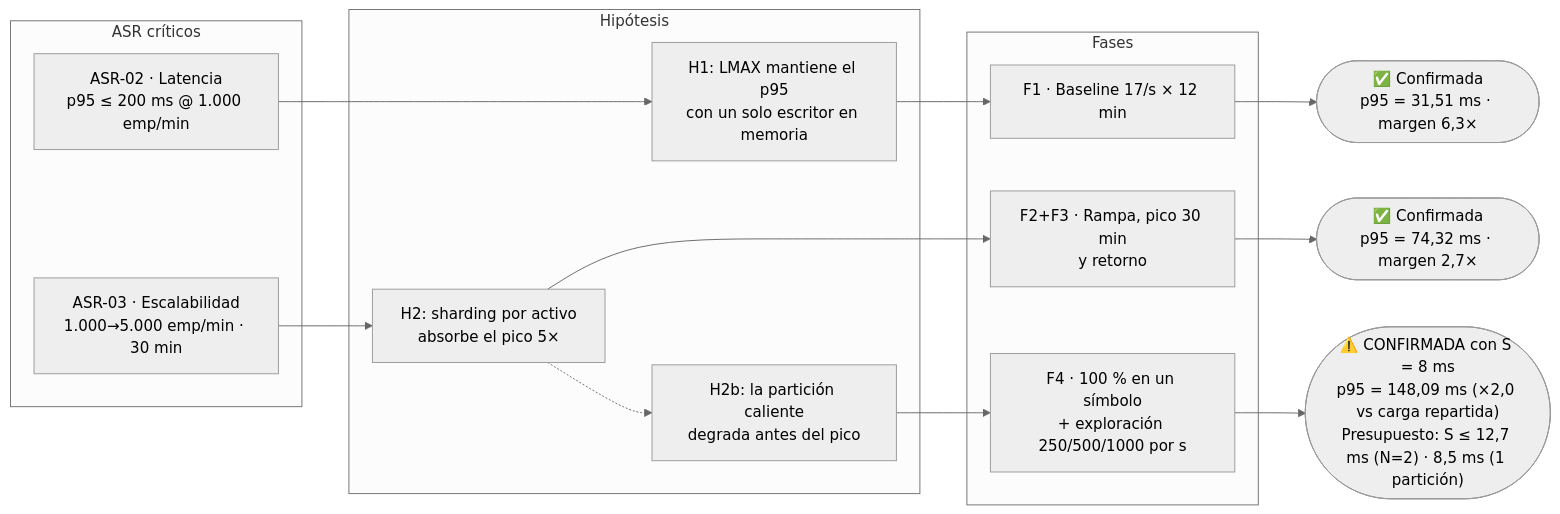
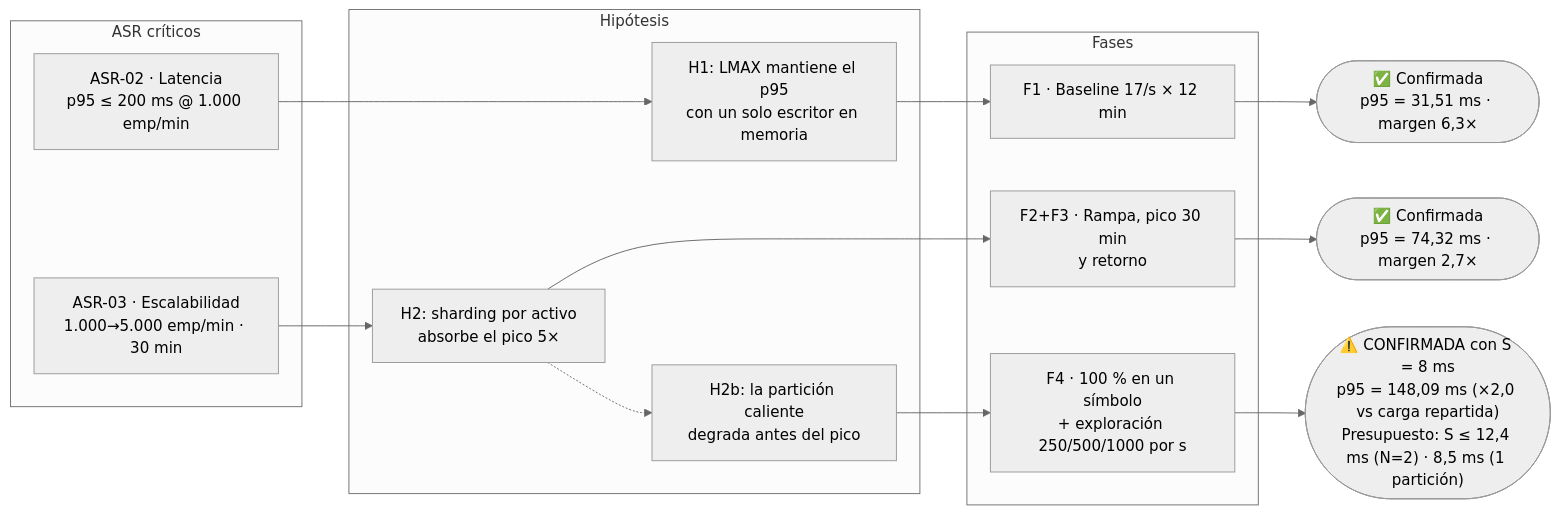
The first of 9 diagrams in docs/experimento-e01.md (MATI-MBIT/arqsoft-reto-1), drawn with Mermaid (neutral theme) before and after one commit. The commit also changed other lines of this file and 5 other files, not shown here.

````diff
--- a/docs/experimento-e01.md
+++ b/docs/experimento-e01.md
@@ -15,23 +15,23 @@
 ```mermaid
 flowchart LR
     subgraph ASRs["ASR críticos"]
       A2["ASR-02 · Latencia\np95 ≤ 200 ms @ 1.000 emp/min"]
       A3["ASR-03 · Escalabilidad\n1.000→5.000 emp/min · 30 min"]
     end
     subgraph Hipotesis["Hipótesis"]
       H1["H1: LMAX mantiene el p95\ncon un solo escritor en memoria"]
       H2["H2: sharding por activo\nabsorbe el pico 5×"]
       H2b["H2b: la partición caliente\ndegrada antes del pico"]
     end
     subgraph Fases["Fases"]
       F1["F1 · Baseline 17/s × 12 min"]
       F2["F2+F3 · Rampa, pico 30 min\ny retorno"]
       F4["F4 · 100 % en un símbolo\n+ exploración 250/500/1000 por s"]
     end
     A2 --> H1 --> F1
     A3 --> H2 --> F2
     H2 -.-> H2b --> F4
     F1 --> V1(["✅ Confirmada\np95 = 31,51 ms · margen 6,3×"])
     F2 --> V2(["✅ Confirmada\np95 = 74,32 ms · margen 2,7×"])
-    F4 --> V3(["⚠️ CONFIRMADA con S = 8 ms\np95 = 148,09 ms (×2,0 vs carga repartida)\nPresupuesto: S ≤ 12,7 ms (N=2) · 8,5 ms (1 partición)"])
+    F4 --> V3(["⚠️ CONFIRMADA con S = 8 ms\np95 = 148,09 ms (×2,0 vs carga repartida)\nPresupuesto: S ≤ 12,4 ms (N=2) · 8,5 ms (1 partición)"])
 ```
````
